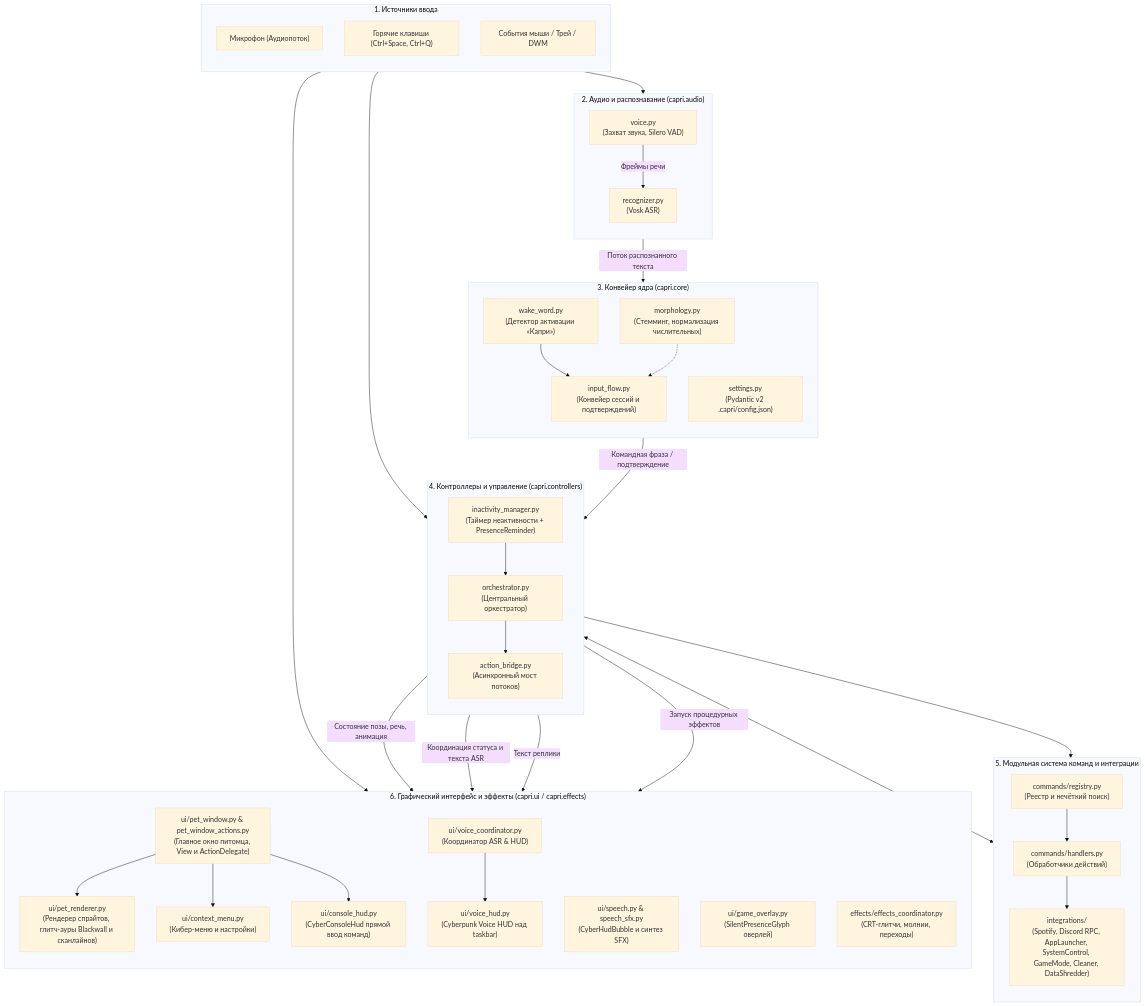
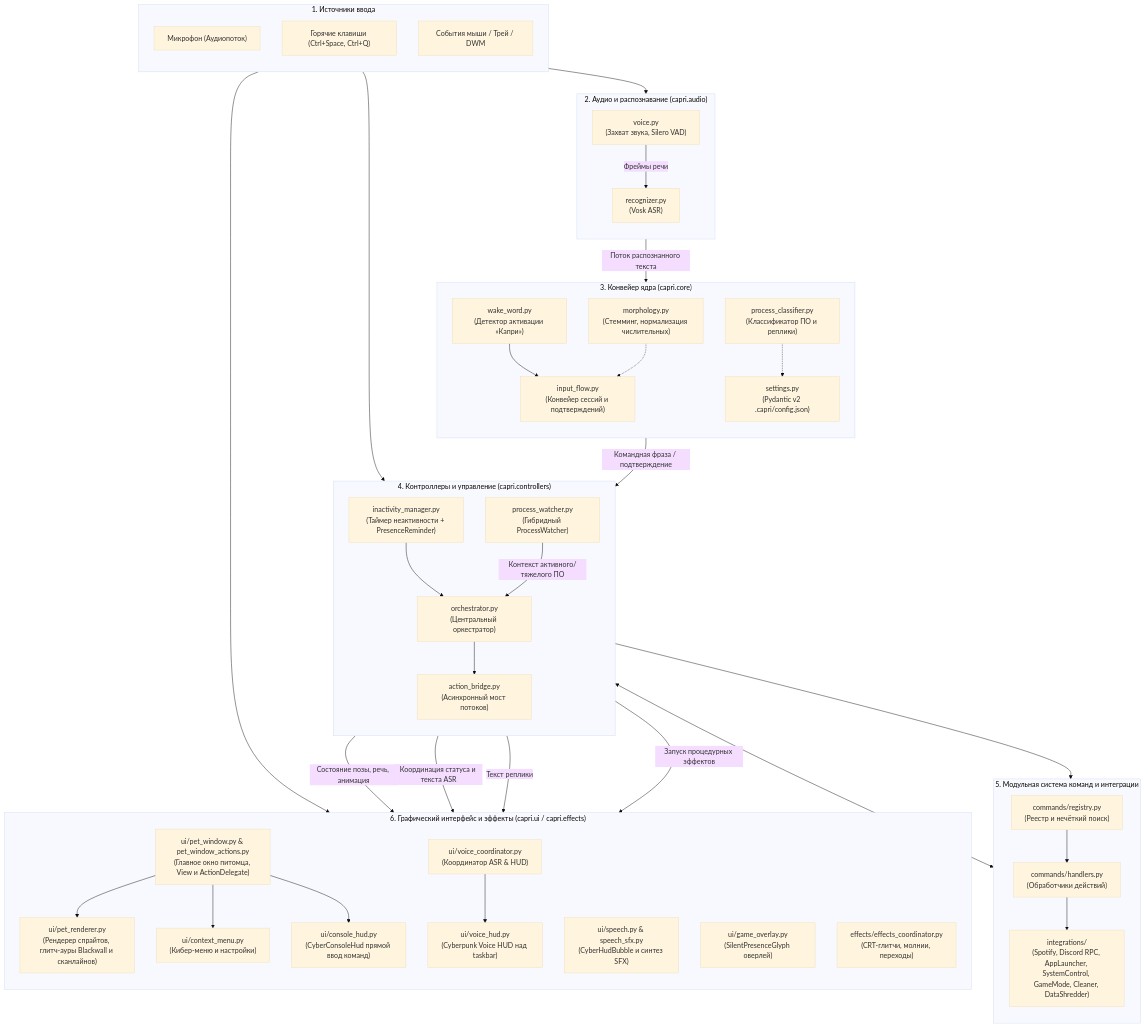
One commit to xTerionsilker/CapriPet-Python changed the first of 4 diagrams in docs/architecture.md. Above: the diagram before and after it, drawn with Mermaid (base theme). The commit also changed other lines of this file and 8 other files, not shown here.

```diff
--- a/docs/architecture.md
+++ b/docs/architecture.md
@@ -30,10 +30,12 @@
         WakeWord["wake_word.py<br/>(Детектор активации «Капри»)"]
         InputFlow["input_flow.py<br/>(Конвейер сессий и подтверждений)"]
         Morphology["morphology.py<br/>(Стемминг, нормализация числительных)"]
+        Classifier["process_classifier.py<br/>(Классификатор ПО и реплики)"]
         Settings["settings.py<br/>(Pydantic v2 .capri/config.json)"]
 
         WakeWord --> InputFlow
         Morphology -.-> InputFlow
+        Classifier -.-> Settings
     end
 
     %% Контроллеры и оркестрация
@@ -41,6 +43,7 @@
         direction TB
         Orchestrator["orchestrator.py<br/>(Центральный оркестратор)"]
         Inactivity["inactivity_manager.py<br/>(Таймер неактивности + PresenceReminder)"]
+        Watcher["process_watcher.py<br/>(Гибридный ProcessWatcher)"]
         ActionBridge["action_bridge.py<br/>(Асинхронный мост потоков)"]
     end
 
@@ -86,6 +89,7 @@
     Orchestrator --> ActionBridge
     ActionBridge --> Handlers
     Inactivity --> Orchestrator
+    Watcher -->|Контекст активного/тяжелого ПО| Orchestrator
 
     Orchestrator -->|Состояние позы, речь, анимация| PetWindow
     Orchestrator -->|Координация статуса и текста ASR| VoiceCoord
```
